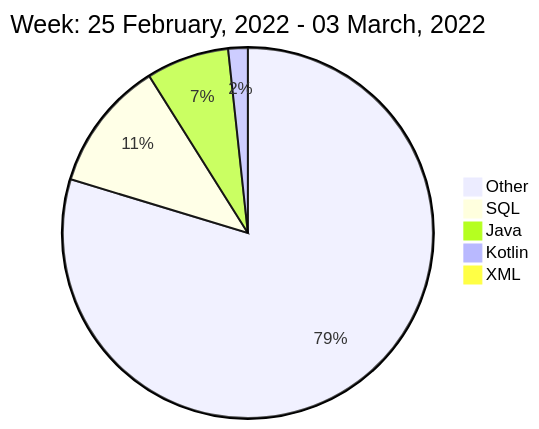
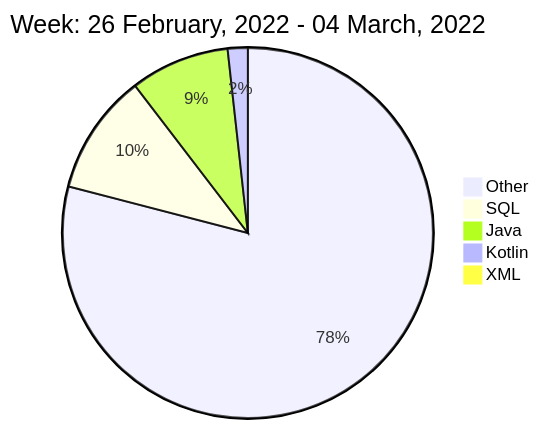
One commit to liubin95/liubin95 changed the diagram in README.md. Above: the diagram before and after it, drawn with Mermaid.

Commit message:
Updated the Graph with new Metrics

````diff
--- a/README.md
+++ b/README.md
@@ -42,9 +42,9 @@
 ```mermaid
  pie
-title Week: 25 February, 2022 - 03 March, 2022
- "Other" : 25.7
- "SQL" : 3.67
- "Java" : 2.33
+title Week: 26 February, 2022 - 04 March, 2022
+ "Other" : 24.85
+ "SQL" : 3.32
+ "Java" : 2.72
  "Kotlin" : 0.55
  "XML" : 0.23
 ```
````
